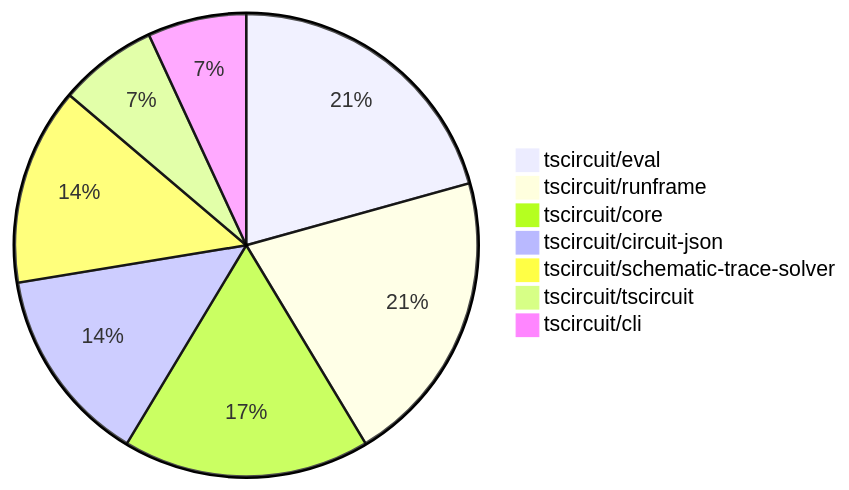
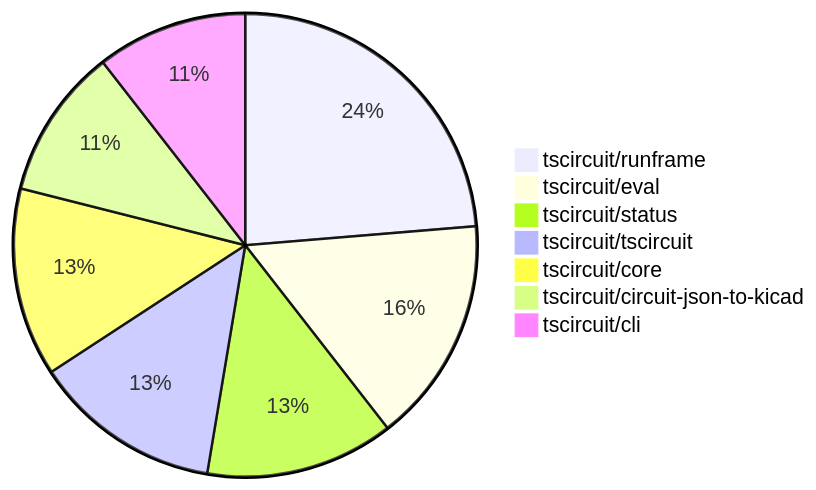
One commit to tscircuit/contribution-tracker changed the second of 2 diagrams in contribution-overviews/2025-10-08.md. Above: the diagram before and after it, drawn with Mermaid. The commit also changed other lines of this file and 3 other files, not shown here.

````diff
--- a/contribution-overviews/2025-10-08.md
+++ b/contribution-overviews/2025-10-08.md
@@ -59,10 +73,10 @@
 ```mermaid
 pie
+    "tscircuit/runframe" : 9
     "tscircuit/eval" : 6
-    "tscircuit/runframe" : 6
+    "tscircuit/status" : 5
+    "tscircuit/tscircuit" : 5
     "tscircuit/core" : 5
-    "tscircuit/circuit-json" : 4
-    "tscircuit/schematic-trace-solver" : 4
-    "tscircuit/tscircuit" : 2
-    "tscircuit/cli" : 2
+    "tscircuit/circuit-json-to-kicad" : 4
+    "tscircuit/cli" : 4
 ```
````
